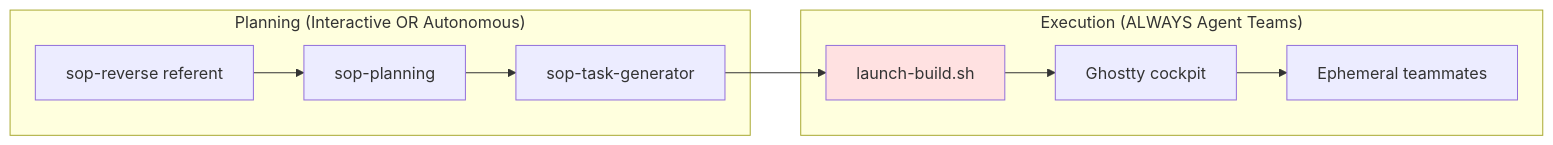
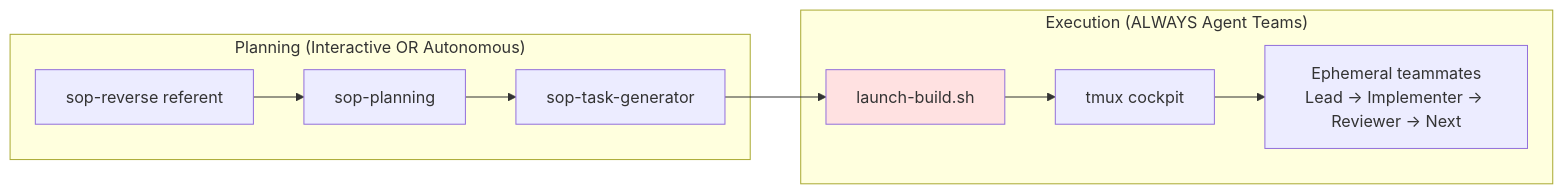
The diagram in skills/ralph-orchestrator/references/execution-paths.md (Dario-Arcos/ai-framework), drawn with Mermaid before and after one commit. The commit also changed other lines of this file and 10 other files, not shown here.

````diff
--- a/skills/ralph-orchestrator/references/execution-paths.md
+++ b/skills/ralph-orchestrator/references/execution-paths.md
@@ -173,15 +173,15 @@
 ```mermaid
 graph LR
     subgraph "Planning (Interactive OR Autonomous)"
         A[sop-reverse referent] --> B[sop-planning]
         B --> C[sop-task-generator]
     end
 
     subgraph "Execution (ALWAYS Agent Teams)"
         C --> D[launch-build.sh]
-        D --> E[Ghostty cockpit]
-        E --> F[Ephemeral teammates]
+        D --> E[tmux cockpit]
+        E --> F[Ephemeral teammates<br/>Lead → Implementer → Reviewer → Next]
     end
 
     style D fill:#ffe1e1
 ```
````
